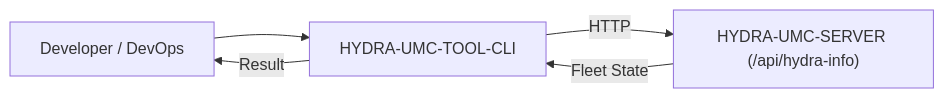
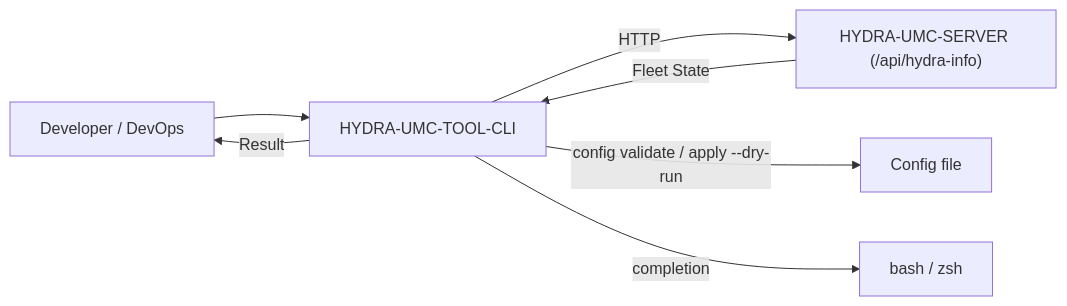
One commit to JuanenRac/HYDRA-UMC-TOOL-CLI changed the diagram in README.md. Above: the diagram before and after it, drawn with Mermaid. The commit also changed other lines of this file and 8 other files, not shown here.

Commit message:
READMEs: list completion and extend the diagram in the eight languages

````diff
--- a/README.md
+++ b/README.md
@@ -61,7 +62,9 @@
 ```mermaid
 flowchart LR
     USER["Developer / DevOps"] --> CLI["HYDRA-UMC-TOOL-CLI"]
     CLI -- HTTP --> SERVER["HYDRA-UMC-SERVER (/api/hydra-info)"]
     SERVER -- Fleet State --> CLI
     CLI -- Result --> USER
+    CLI -- "config validate / apply --dry-run" --> CONFIG["Config file"]
+    CLI -- "completion" --> SHELL["bash / zsh"]
 ```
````
